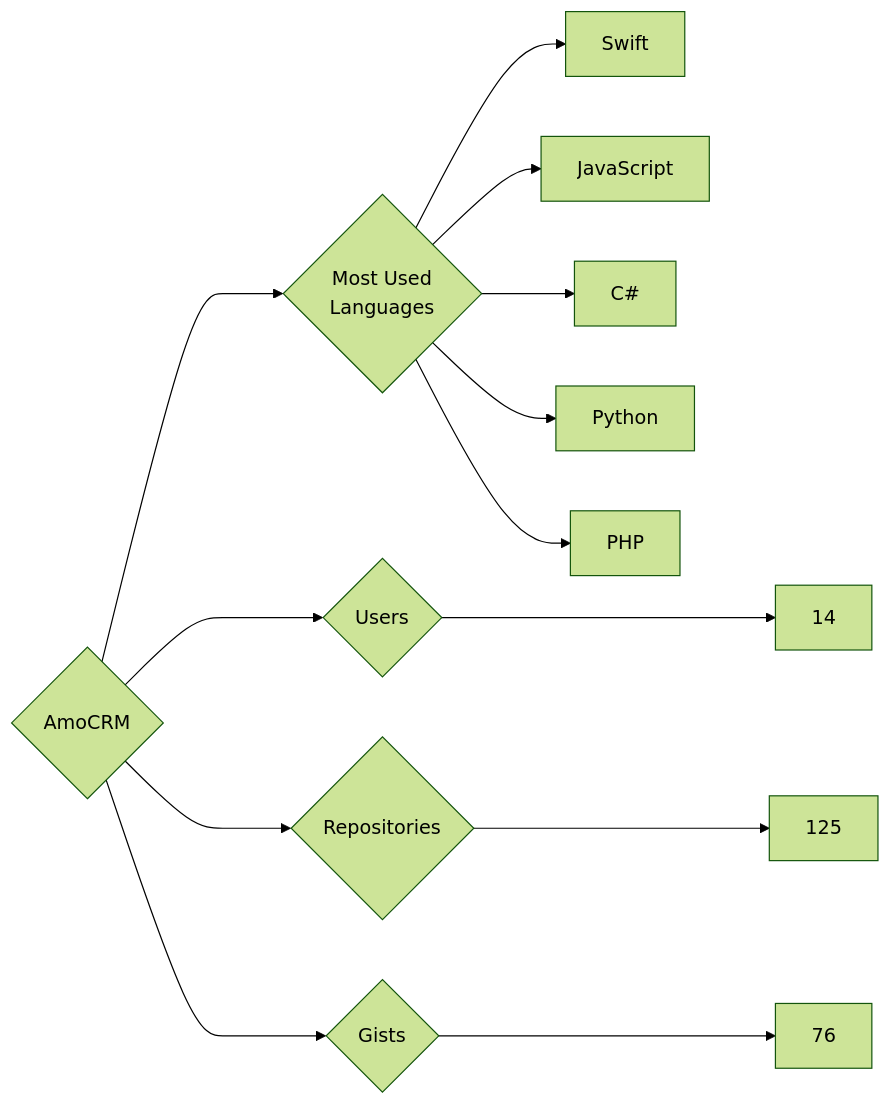
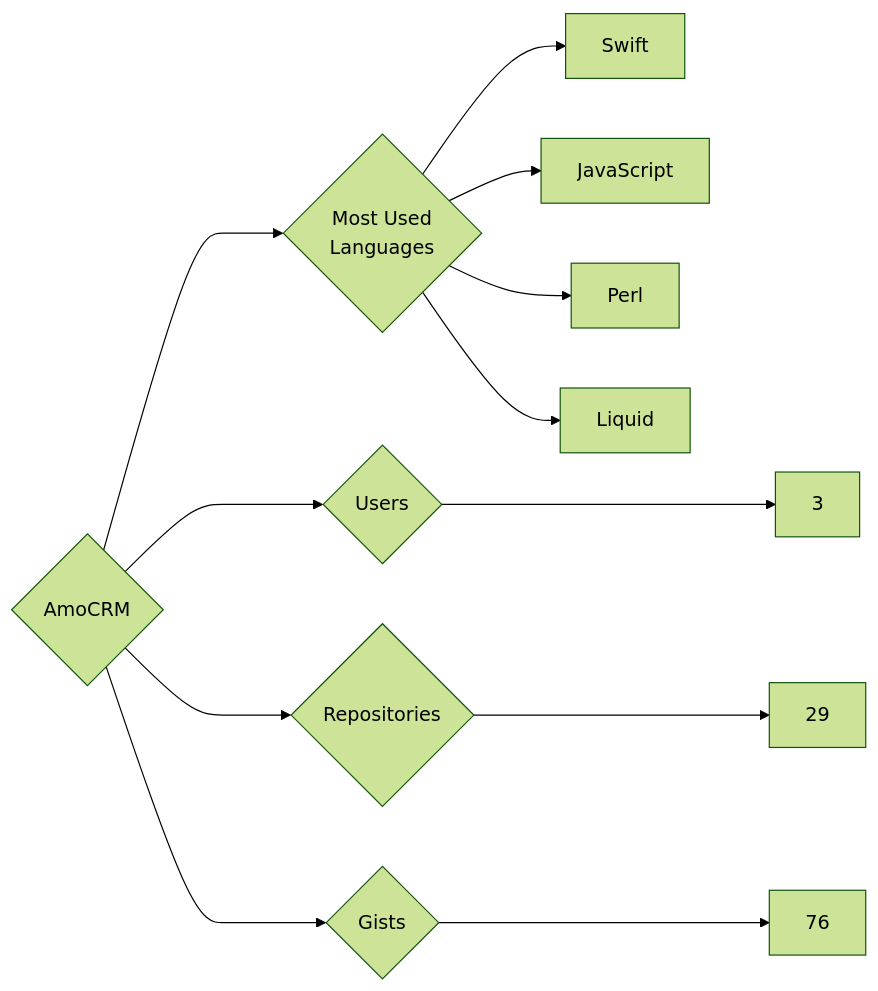
The diagram in targets/AmoCRM/README.md (trickest/insiders), drawn with Mermaid (forest theme) before and after one commit. The commit also changed 899 other files, not shown here.

````diff
--- a/targets/AmoCRM/README.md
+++ b/targets/AmoCRM/README.md
@@ -3,13 +3,12 @@
 ```mermaid
 graph LR
 COMPANY_NAME{AmoCRM}
-COMPANY_NAME ---> U{Users} ---> UN[14]
-COMPANY_NAME ---> R{Repositories} ---> RN[125]
+COMPANY_NAME ---> U{Users} ---> UN[3]
+COMPANY_NAME ---> R{Repositories} ---> RN[29]
 COMPANY_NAME ---> G{Gists} ---> GN[76]
 COMPANY_NAME ---> ML{Most Used<br>Languages}
 ML --> Swift[Swift]
 ML --> JavaScript[JavaScript]
-ML --> C#[C#]
-ML --> Python[Python]
-ML --> PHP[PHP]
+ML --> Perl[Perl]
+ML --> Liquid[Liquid]
 ```
````
